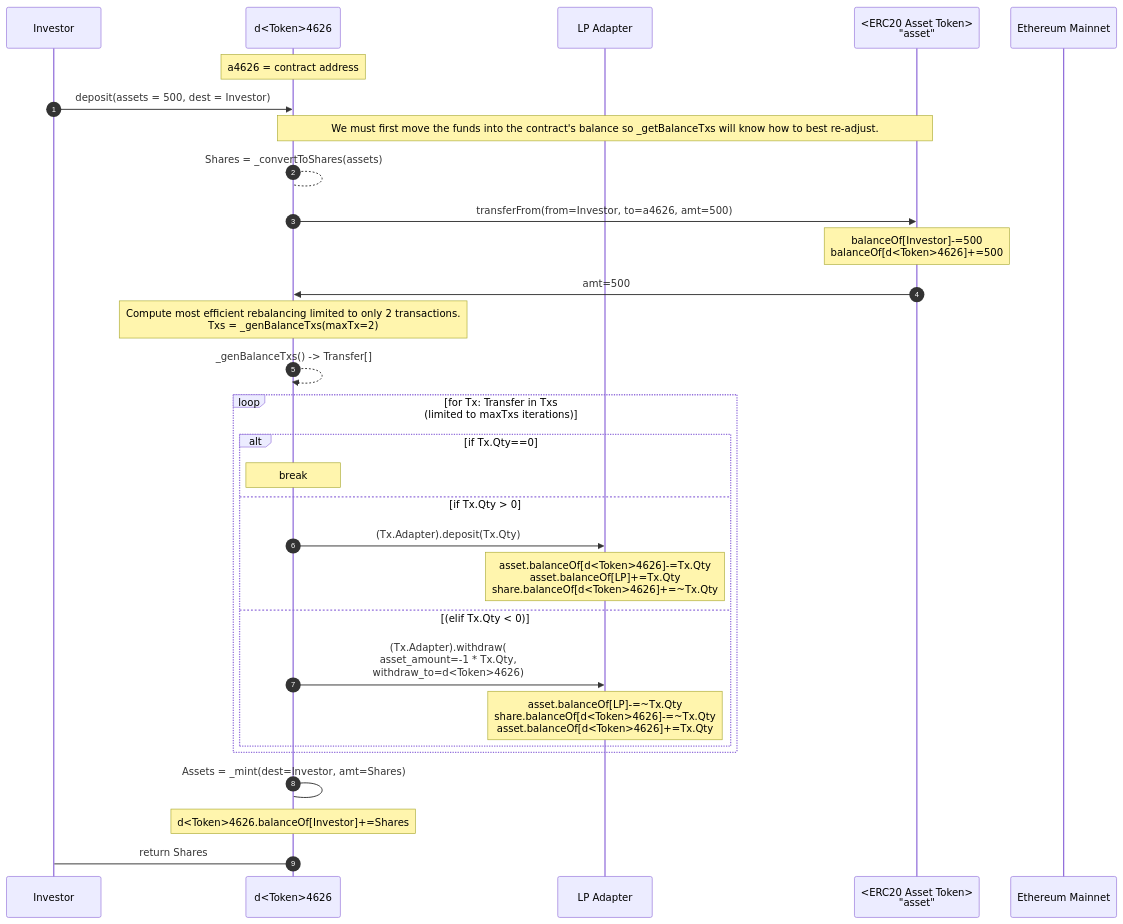
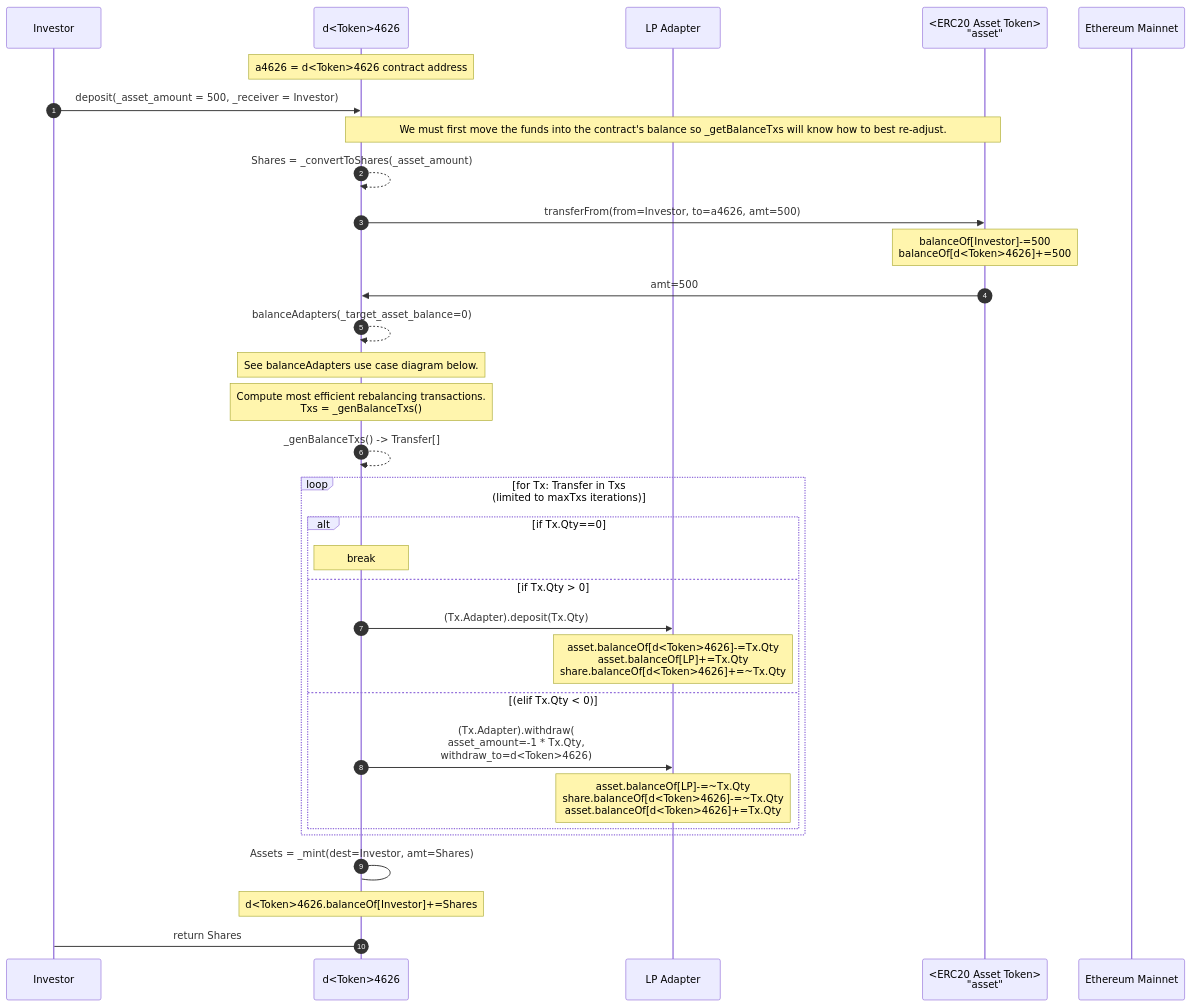
The first of 3 diagrams in docs/Dynamo4626.md (DynamoFinance/vault), drawn with Mermaid before and after one commit. The commit also changed other lines of this file, not shown here.

Commit message:
Getting ready to introduce FundsAllocator.

````diff
--- a/docs/Dynamo4626.md
+++ b/docs/Dynamo4626.md
@@ -50,49 +50,51 @@
 ```mermaid
 sequenceDiagram
     participant u as Investor
-    participant a4626 as d<Token>4626
+    participant a4626 as d<Token>4626    
     participant lpa as LP Adapter
     participant asset as <ERC20 Asset Token><br>"asset"
     #participant lp as LP
     #participant share as <ERC20 LP Share>
     participant eth as Ethereum Mainnet
   
-    note over a4626: a4626 = contract address
+    note over a4626: a4626 = d<Token>4626 contract address
 
     autonumber
-    u->>a4626:deposit(assets = 500, dest = Investor)
+    u->>a4626:deposit(_asset_amount = 500, _receiver = Investor)
 
         note over a4626, asset: We must first move the funds into the contract's balance so _getBalanceTxs will know how to best re-adjust.    
-        a4626-->a4626: Shares = _convertToShares(assets)
+        a4626-->>a4626: Shares = _convertToShares(_asset_amount)
         a4626->>asset: transferFrom(from=Investor, to=a4626, amt=500)
         Note over asset: balanceOf[Investor]-=500<br>balanceOf[d<Token>4626]+=500
         asset->>a4626: amt=500
       
+        a4626-->>a4626: balanceAdapters(_target_asset_balance=0)
+        Note over a4626: See balanceAdapters use case diagram below.
   
-        Note over a4626: Compute most efficient rebalancing limited to only 2 transactions.<br>Txs = _genBalanceTxs(maxTx=2)
+        Note over a4626: Compute most efficient rebalancing transactions.<br>Txs = _genBalanceTxs()
         a4626-->>a4626: _genBalanceTxs() -> Transfer[]
 
 
 
         loop for Tx: Transfer in Txs<br>(limited to maxTxs iterations)
             alt if Tx.Qty==0
                 note over a4626: break
             else if Tx.Qty > 0
                 a4626->>lpa: (Tx.Adapter).deposit(Tx.Qty)
                     note over lpa: asset.balanceOf[d<Token>4626]-=Tx.Qty<br>asset.balanceOf[LP]+=Tx.Qty<br>share.balanceOf[d<Token>4626]+=~Tx.Qty
                       
             else (elif Tx.Qty < 0)
                 a4626->>lpa: (Tx.Adapter).withdraw(<br>asset_amount=-1 * Tx.Qty,<br>withdraw_to=d<Token>4626)
                     note over lpa: asset.balanceOf[LP]-=~Tx.Qty<br>share.balanceOf[d<Token>4626]-=~Tx.Qty<br>asset.balanceOf[d<Token>4626]+=Tx.Qty
             end
         end
       
         a4626->a4626: Assets = _mint(dest=Investor, amt=Shares)
             note over a4626:d<Token>4626.balanceOf[Investor]+=Shares
       
         a4626->u: return Shares
       
                
   
   
 ```
````
